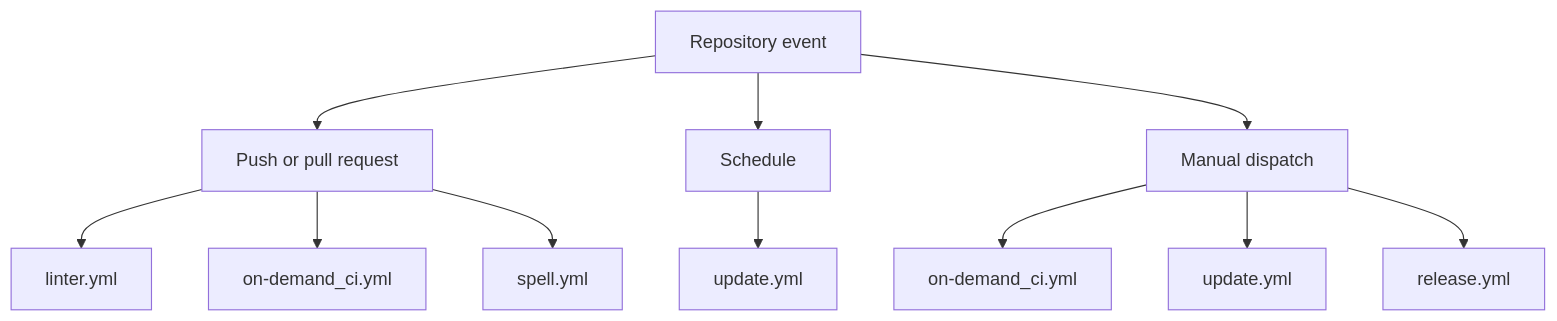
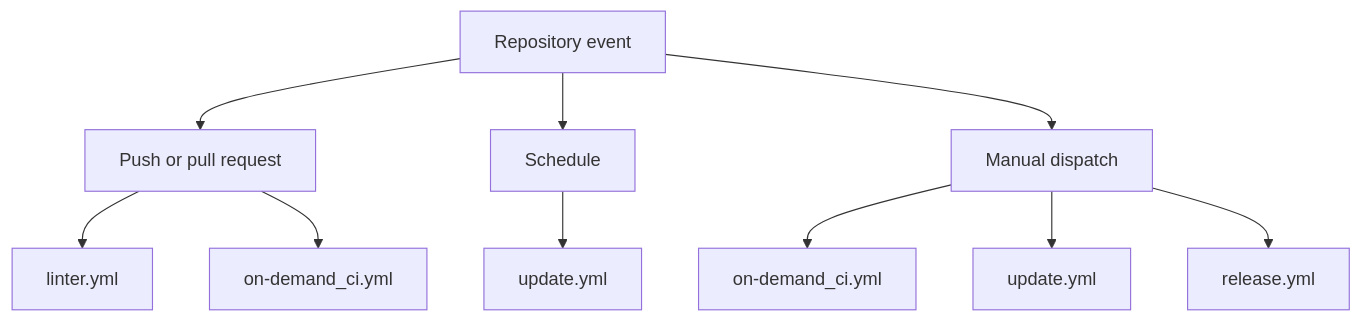
Before and after one commit to electrocucaracha/ai-prepare-commit-msg: the diagram in .github/workflows/README.md, drawn with Mermaid. The commit also changed other lines of this file, not shown here.

First line of the commit message:
docs(workflows): remove references to deprecated spell.yml

````diff
--- a/.github/workflows/README.md
+++ b/.github/workflows/README.md
@@ -15,16 +14,15 @@
 ```mermaid
 flowchart TD
   A[Repository event] --> B[Push or pull request]
   A --> C[Schedule]
   A --> D[Manual dispatch]
 
   B --> B1[linter.yml]
   B --> B2[on-demand_ci.yml]
-  B --> B3[spell.yml]
 
   C --> C1[update.yml]
 
   D --> D1[on-demand_ci.yml]
   D --> D2[update.yml]
   D --> D3[release.yml]
 ```
````
